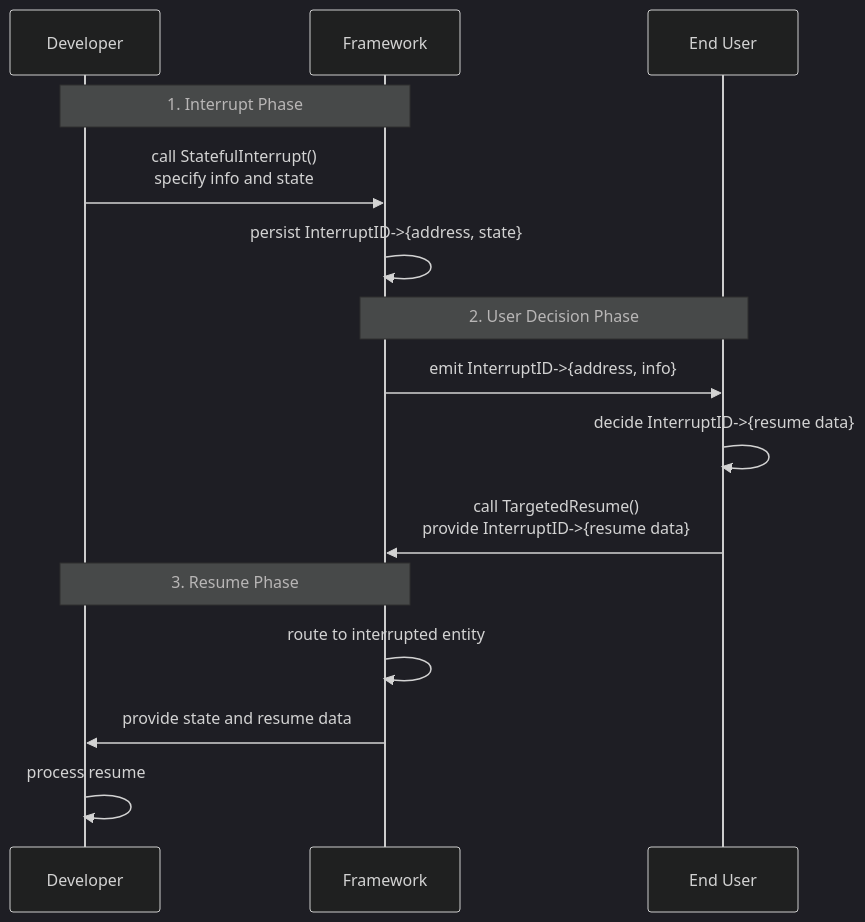
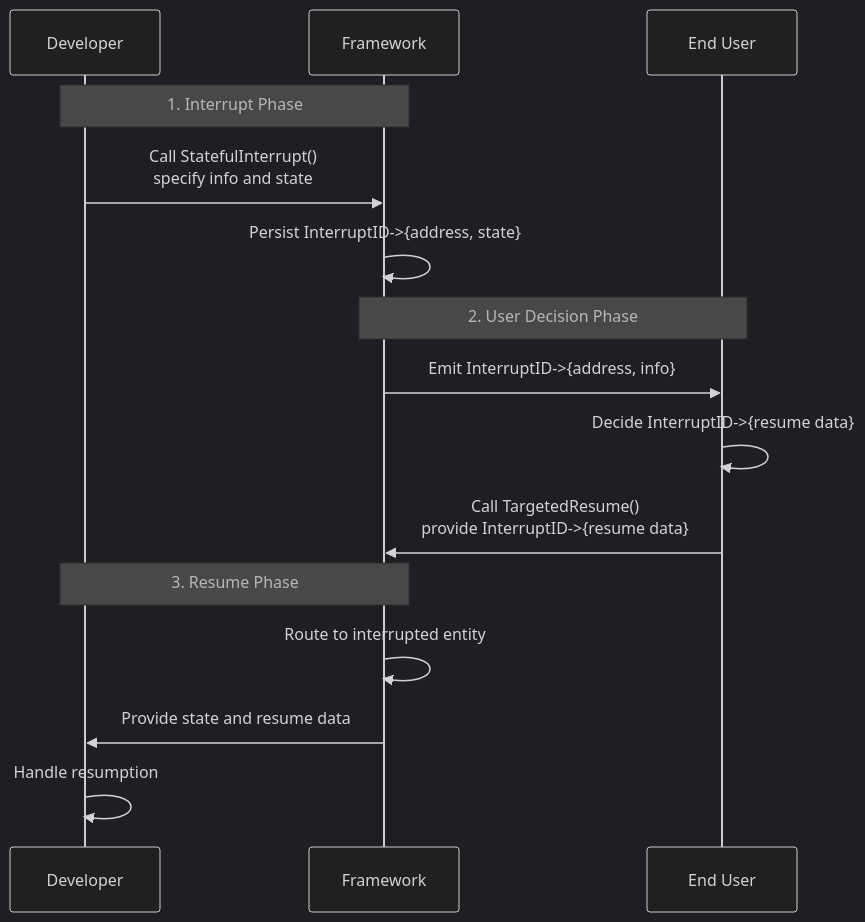
One commit to cloudwego/cloudwego.github.io changed the third of 5 diagrams in content/en/docs/eino/core_modules/eino_adk/agent_hitl.md. Above: the diagram before and after it, drawn with Mermaid (dark theme). The commit also changed other lines of this file and 250 other files, not shown here.

````diff
--- a/content/en/docs/eino/core_modules/eino_adk/agent_hitl.md
+++ b/content/en/docs/eino/core_modules/eino_adk/agent_hitl.md
@@ -339,23 +339,23 @@
 ```mermaid
 sequenceDiagram
     participant D as Developer
     participant F as Framework
     participant U as End User
     
    
     Note over D,F: 1. Interrupt Phase
-    D->>F: call StatefulInterrupt()<br>specify info and state
-    F->>F: persist InterruptID->{address, state}
+    D->>F: Call StatefulInterrupt()<br>specify info and state
+    F->>F: Persist InterruptID->{address, state}
     
    
     Note over F,U: 2. User Decision Phase
-    F->>U: emit InterruptID->{address, info}
-    U->>U: decide InterruptID->{resume data}
-    U->>F: call TargetedResume()<br>provide InterruptID->{resume data}
+    F->>U: Emit InterruptID->{address, info}
+    U->>U: Decide InterruptID->{resume data}
+    U->>F: Call TargetedResume()<br>provide InterruptID->{resume data}
     
    
     Note over D,F: 3. Resume Phase
-    F->>F: route to interrupted entity
-    F->>D: provide state and resume data
-    D->>D: process resume
+    F->>F: Route to interrupted entity
+    F->>D: Provide state and resume data
+    D->>D: Handle resumption
 ```
````
